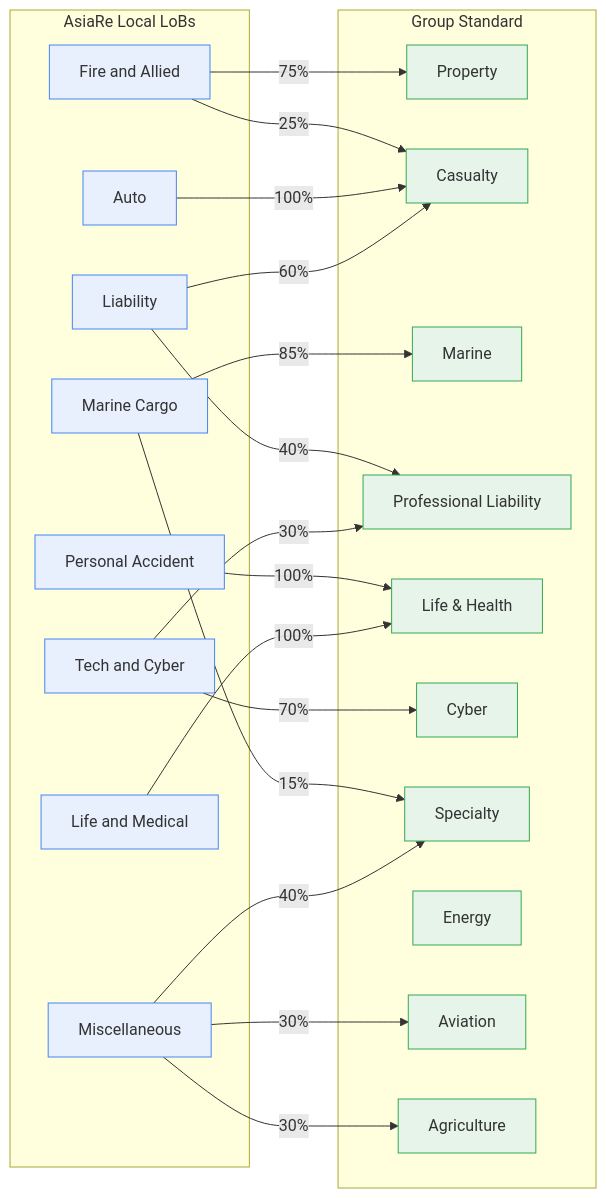
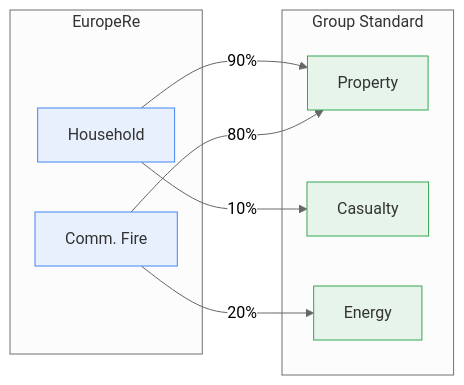
One commit to Systemorph/MeshWeaver changed the first of 2 diagrams in samples/Graph/Data/FutuRe/LobMapping.md. Above: the diagram before and after it, drawn with Mermaid. The commit also changed other lines of this file and 44 other files, not shown here.

````diff
--- a/samples/Graph/Data/FutuRe/LobMapping.md
+++ b/samples/Graph/Data/FutuRe/LobMapping.md
@@ -64,46 +72,24 @@
 ```mermaid
+%%{init: {'theme':'neutral'}}%%
 graph LR
-    subgraph AsiaRe Local LoBs
-        FIRE[Fire and Allied]
-        AUTO[Auto]
-        MAR_JP[Marine Cargo]
-        LIAB_JP[Liability]
-        PA[Personal Accident]
-        TECH[Tech and Cyber]
-        MISC[Miscellaneous]
-        LIFE[Life and Medical]
+    subgraph EuropeRe
+        HH[Household]
+        CF[Comm. Fire]
     end
 
     subgraph Group Standard
         PROP[Property]
         CAS[Casualty]
-        MARINE[Marine]
-        PROF[Professional Liability]
-        LH[Life & Health]
-        CYBER[Cyber]
-        SPEC[Specialty]
         ENRG[Energy]
-        AVTN[Aviation]
-        AGRI[Agriculture]
     end
 
-    FIRE -->|"75%"| PROP
-    FIRE -->|"25%"| CAS
-    AUTO -->|"100%"| CAS
-    MAR_JP -->|"85%"| MARINE
-    MAR_JP -->|"15%"| SPEC
-    LIAB_JP -->|"60%"| CAS
-    LIAB_JP -->|"40%"| PROF
-    PA -->|"100%"| LH
-    TECH -->|"70%"| CYBER
-    TECH -->|"30%"| PROF
-    MISC -->|"40%"| SPEC
-    MISC -->|"30%"| AVTN
-    MISC -->|"30%"| AGRI
-    LIFE -->|"100%"| LH
+    HH -->|"90%"| PROP
+    HH -->|"10%"| CAS
+    CF -->|"80%"| PROP
+    CF -->|"20%"| ENRG
 
     classDef local fill:#e8f0fe,stroke:#4285f4,color:#333
     classDef group fill:#e6f4ea,stroke:#34a853,color:#333
-    class FIRE,AUTO,MAR_JP,LIAB_JP,PA,TECH,MISC,LIFE local
-    class PROP,CAS,MARINE,PROF,LH,CYBER,SPEC,ENRG,AVTN,AGRI group
+    class HH,CF local
+    class PROP,CAS,ENRG group
 ```
````
